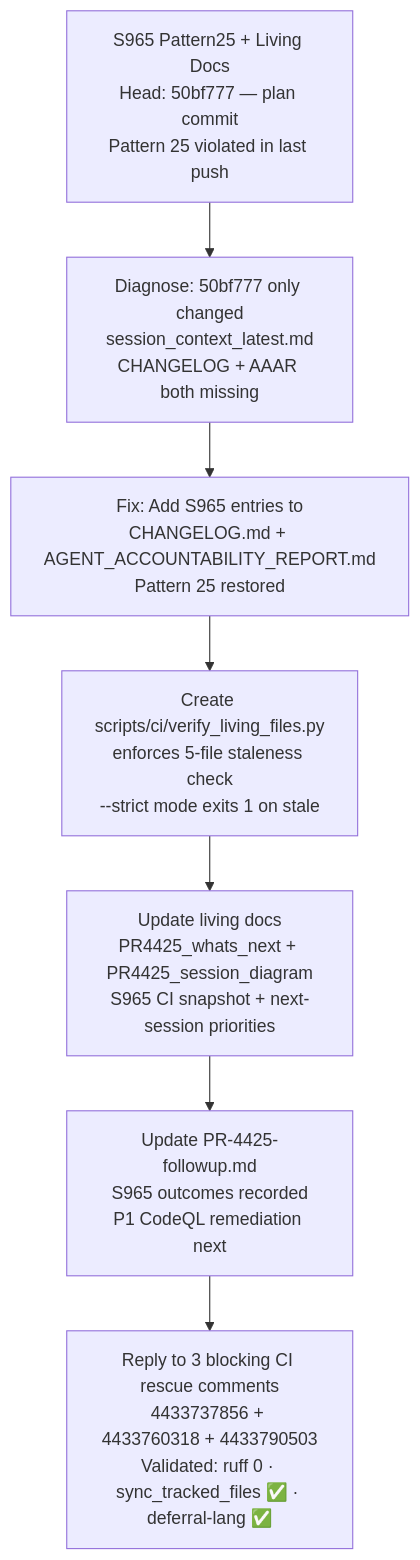
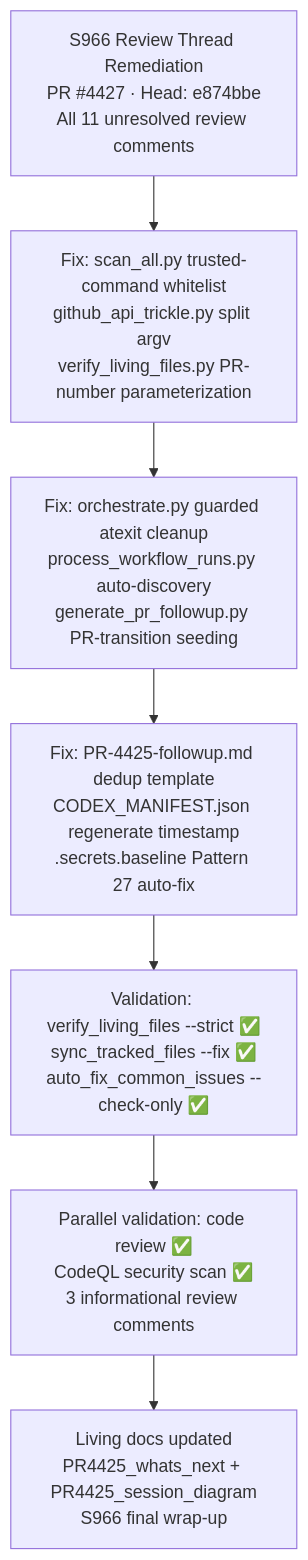
The diagram in docs/sessions/PR4425_session_diagram.md (Aries-Serpent/_codex_), drawn with Mermaid before and after one commit. The commit also changed other lines of this file and 3 other files, not shown here.

First line of the commit message:
docs: update living docs and governance files for S966 final wrap-up

````diff
--- a/docs/sessions/PR4425_session_diagram.md
+++ b/docs/sessions/PR4425_session_diagram.md
@@ -3,10 +3,10 @@
 ```mermaid
 graph TD
-  A[S965 Pattern25 + Living Docs<br/>Head: 50bf777 — plan commit<br/>Pattern 25 violated in last push] --> B
-  B[Diagnose: 50bf777 only changed<br/>session_context_latest.md<br/>CHANGELOG + AAAR both missing] --> C
-  C[Fix: Add S965 entries to<br/>CHANGELOG.md + AGENT_ACCOUNTABILITY_REPORT.md<br/>Pattern 25 restored] --> D
-  D[Create scripts/ci/verify_living_files.py<br/>enforces 5-file staleness check<br/>--strict mode exits 1 on stale] --> E
-  E[Update living docs<br/>PR4425_whats_next + PR4425_session_diagram<br/>S965 CI snapshot + next-session priorities] --> F
-  F[Update PR-4425-followup.md<br/>S965 outcomes recorded<br/>P1 CodeQL remediation next] --> G
-  G[Reply to 3 blocking CI rescue comments<br/>4433737856 + 4433760318 + 4433790503<br/>Validated: ruff 0 · sync_tracked_files ✅ · deferral-lang ✅]
+  A[S966 Review Thread Remediation<br/>PR #4427 · Head: e874bbe<br/>All 11 unresolved review comments] --> B
+  B[Fix: scan_all.py trusted-command whitelist<br/>github_api_trickle.py split argv<br/>verify_living_files.py PR-number parameterization] --> C
+  C[Fix: orchestrate.py guarded atexit cleanup<br/>process_workflow_runs.py auto-discovery<br/>generate_pr_followup.py PR-transition seeding] --> D
+  D[Fix: PR-4425-followup.md dedup template<br/>CODEX_MANIFEST.json regenerate timestamp<br/>.secrets.baseline Pattern 27 auto-fix] --> E
+  E[Validation: verify_living_files --strict ✅<br/>sync_tracked_files --fix ✅<br/>auto_fix_common_issues --check-only ✅] --> F
+  F[Parallel validation: code review ✅<br/>CodeQL security scan ✅<br/>3 informational review comments] --> G
+  G[Living docs updated<br/>PR4425_whats_next + PR4425_session_diagram<br/>S966 final wrap-up]
 ```
````
